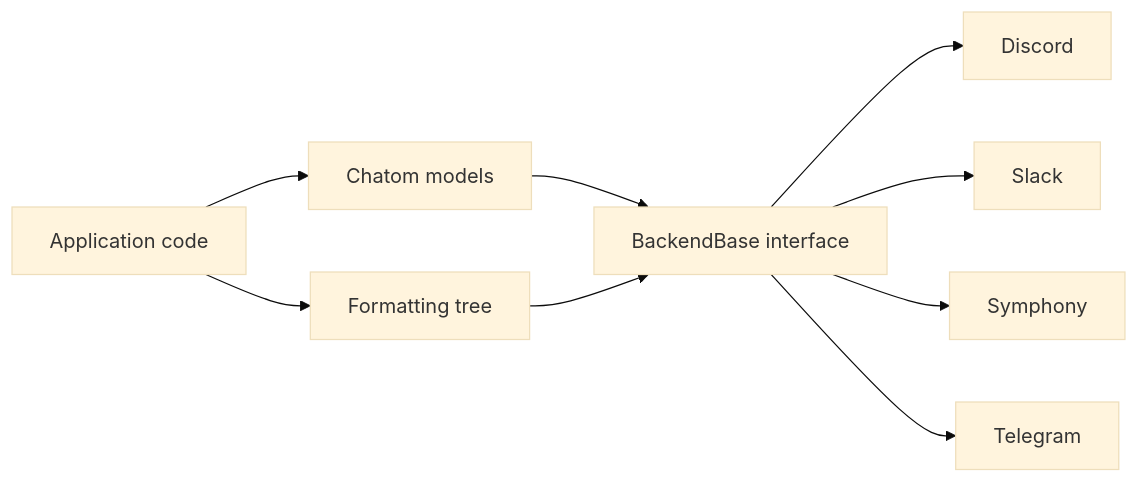
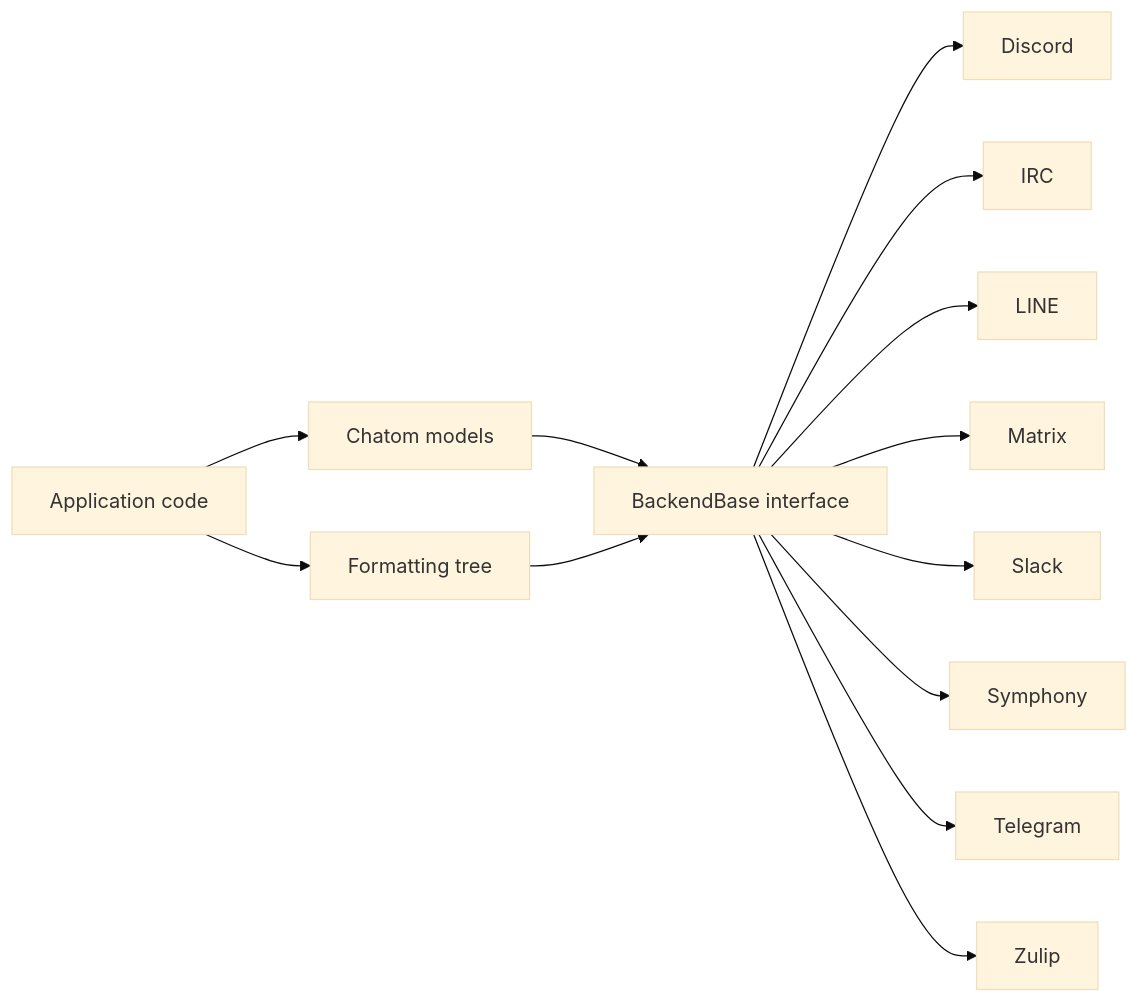
Before and after one commit to 1kbgz/chatom: the diagram in docs/src/concepts.md, drawn with Mermaid (base theme). The commit also changed other lines of this file and 20 other files, not shown here.

````diff
--- a/docs/src/concepts.md
+++ b/docs/src/concepts.md
@@ -11,11 +11,15 @@
 ```mermaid
 graph LR
     App[Application code] --> Models[Chatom models]
     App --> Format[Formatting tree]
     Models --> Backend[BackendBase interface]
     Format --> Backend
     Backend --> Discord
+    Backend --> IRC
+    Backend --> LINE
+    Backend --> Matrix
     Backend --> Slack
     Backend --> Symphony
     Backend --> Telegram
+    Backend --> Zulip
 ```
````
